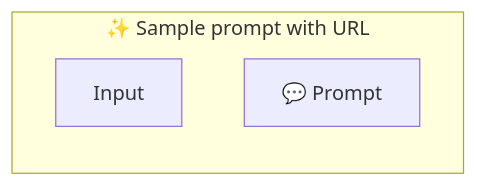
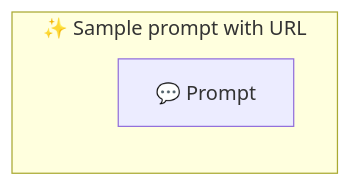
Before and after one commit to webgptorg/promptbook: the diagram in samples/templates/02-ptbkurl.ptbk.md, drawn with Mermaid. The commit also changed 16 other files, not shown here.

Commit message:
Auto-generated Mermaid graphs of promptboks

````diff
--- a/samples/templates/02-ptbkurl.ptbk.md
+++ b/samples/templates/02-ptbkurl.ptbk.md
@@ -10,19 +10,15 @@
 ```mermaid
 %% 🔮 Tip: Open this on GitHub or in the VSCode website to see the Mermaid graph visually
 
 flowchart LR
-    subgraph "✨ Sample prompt with URL"
+  subgraph "✨ Sample prompt with URL"
 
-        direction TB
+      direction TB
 
-        input[Input]
+      input[Input]:::hidden
+      templatePrompt[💬 Prompt]
 
+      classDef hidden display: none;
 
-        templatePrompt[💬 Prompt]
-
-
-
-
-
-    end
+  end;
 ```
````
